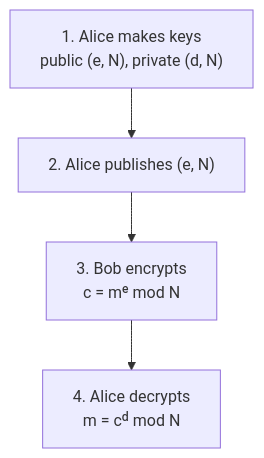
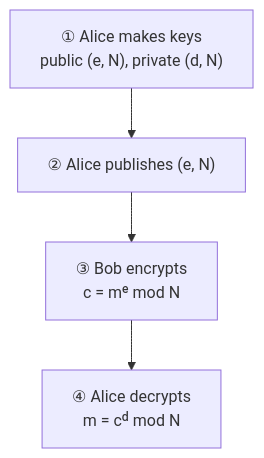
The first of 2 diagrams in Course 2/Week 1/Cryptography/RSA.md (ArhamAkhtarAlam/mitxpro-my-notes), drawn with Mermaid before and after one commit. The commit also changed 38 other files, not shown here.

````diff
--- a/Course 2/Week 1/Cryptography/RSA.md
+++ b/Course 2/Week 1/Cryptography/RSA.md
@@ -4,4 +4,4 @@
 ```mermaid
 flowchart TD
-    G["1. Alice makes keys<br/>public (e, N), private (d, N)"] --> P["2. Alice publishes (e, N)"] --> E["3. Bob encrypts<br/>c = mᵉ mod N"] --> D["4. Alice decrypts<br/>m = cᵈ mod N"]
+    G["① Alice makes keys<br/>public (e, N), private (d, N)"] --> P["② Alice publishes (e, N)"] --> E["③ Bob encrypts<br/>c = mᵉ mod N"] --> D["④ Alice decrypts<br/>m = cᵈ mod N"]
 ```
````
